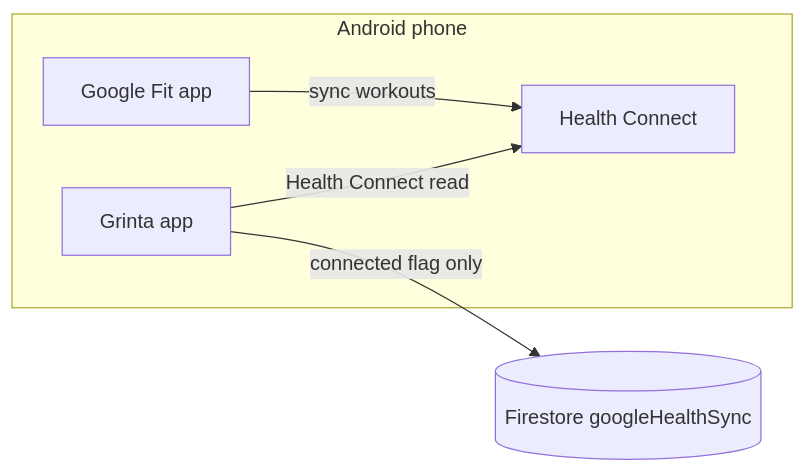
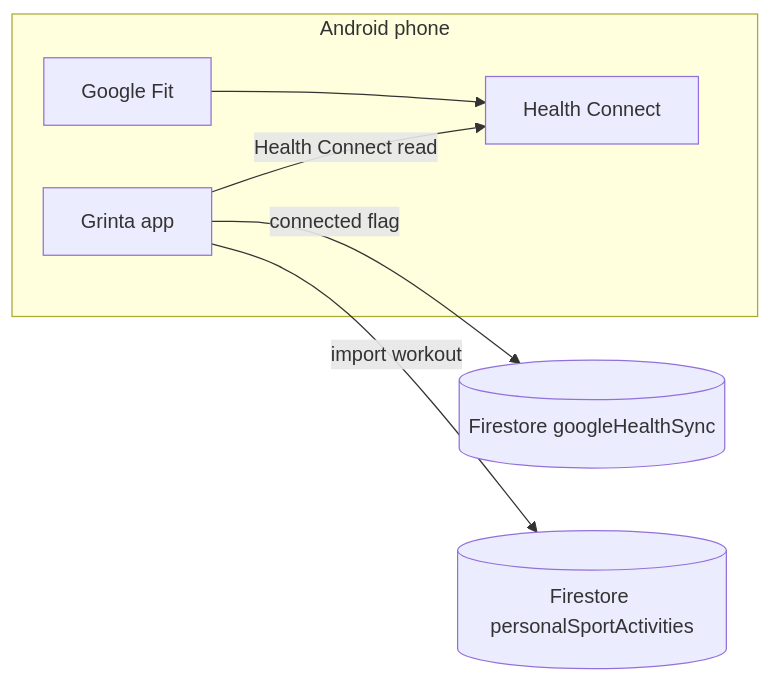
Before and after one commit to patrickMetzger67/grinta: the diagram in docs/google-health-connect-integration.md, drawn with Mermaid. The commit also changed other lines of this file and 19 other files, not shown here.

First line of the commit message:
Import Google Fit workouts via Health Connect into personal sport.

````diff
--- a/docs/google-health-connect-integration.md
+++ b/docs/google-health-connect-integration.md
@@ -119,11 +142,12 @@
 ```mermaid
 flowchart LR
   subgraph Android["Android phone"]
-    GF[Google Fit app]
+    GF[Google Fit]
     HC[Health Connect]
     GK[Grinta app]
-    GF -->|sync workouts| HC
+    GF --> HC
     GK -->|Health Connect read| HC
   end
-  GK -->|connected flag only| FS[(Firestore googleHealthSync)]
+  GK -->|connected flag| FS[(Firestore googleHealthSync)]
+  GK -->|import workout| PSA[(Firestore personalSportActivities)]
 ```
````
